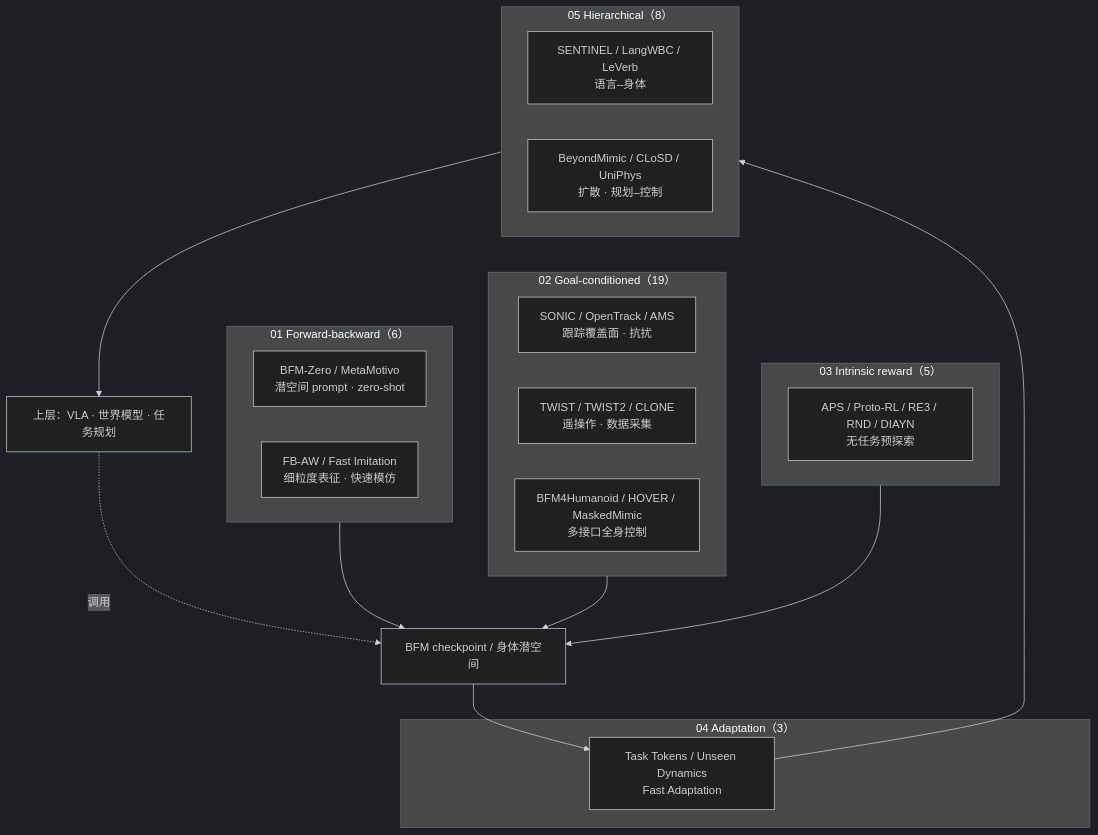
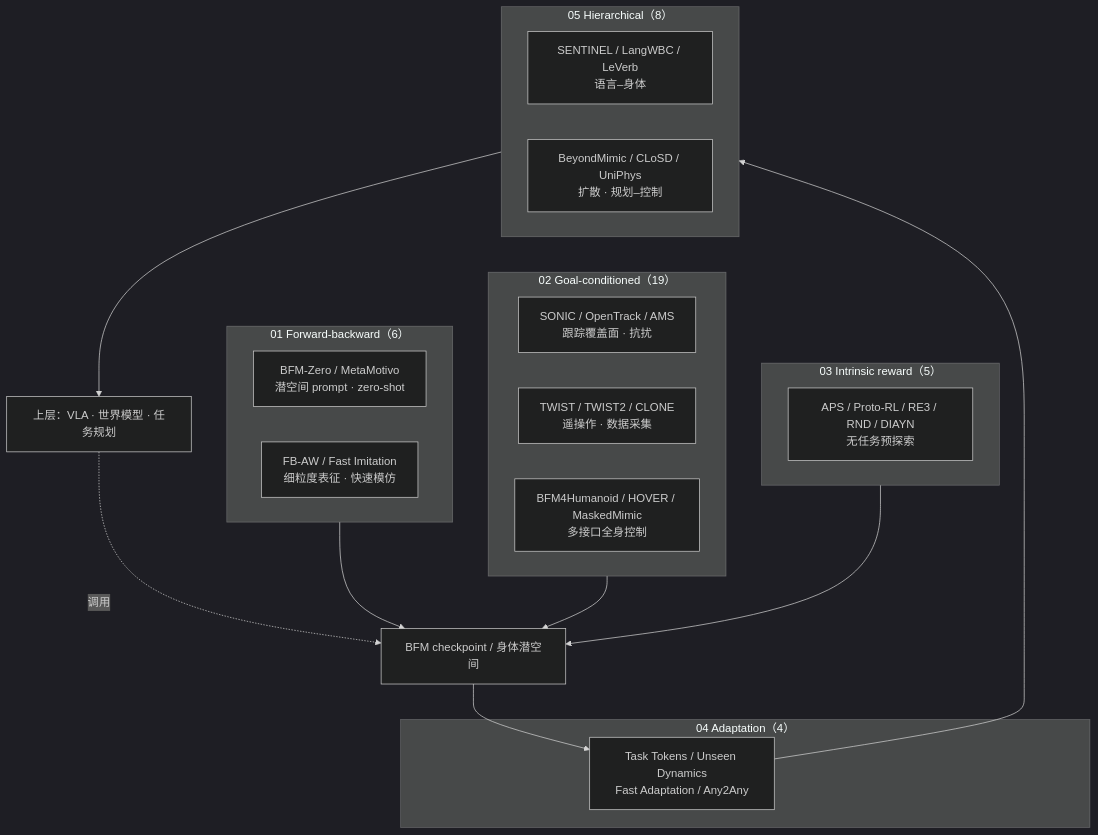
One commit to ImChong/Robotics_Notebooks changed the diagram in wiki/overview/bfm-41-papers-technology-map.md. Above: the diagram before and after it, drawn with Mermaid (dark theme). The commit also changed other lines of this file and 23 other files, not shown here.

````diff
--- a/wiki/overview/bfm-41-papers-technology-map.md
+++ b/wiki/overview/bfm-41-papers-technology-map.md
@@ -60,35 +62,35 @@
 ```mermaid
 flowchart TB
   subgraph G1["01 Forward-backward（6）"]
     FBZ["BFM-Zero / MetaMotivo\n潜空间 prompt · zero-shot"]
     FBT["FB-AW / Fast Imitation\n细粒度表征 · 快速模仿"]
   end
   subgraph G2["02 Goal-conditioned（19）"]
     TRK["SONIC / OpenTrack / AMS\n跟踪覆盖面 · 抗扰"]
     DATA["TWIST / TWIST2 / CLONE\n遥操作 · 数据采集"]
     SYS["BFM4Humanoid / HOVER / MaskedMimic\n多接口全身控制"]
   end
   subgraph G3["03 Intrinsic reward（5）"]
     EXP["APS / Proto-RL / RE3 / RND / DIAYN\n无任务预探索"]
   end
-  subgraph G4["04 Adaptation（3）"]
-    ADP["Task Tokens / Unseen Dynamics\nFast Adaptation"]
+  subgraph G4["04 Adaptation（4）"]
+    ADP["Task Tokens / Unseen Dynamics\nFast Adaptation / Any2Any"]
   end
   subgraph G5["05 Hierarchical（8）"]
     LANG["SENTINEL / LangWBC / LeVerb\n语言–身体"]
     GEN["BeyondMimic / CLoSD / UniPhys\n扩散 · 规划–控制"]
   end
   click G1 href "./bfm-category-01-forward-backward-representation.md" "分类 hub"
   click G2 href "./bfm-category-02-goal-conditioned-learning.md" "分类 hub"
   click G3 href "./bfm-category-03-intrinsic-reward-pretraining.md" "分类 hub"
   click G4 href "./bfm-category-04-adaptation.md" "分类 hub"
   click G5 href "./bfm-category-05-hierarchical-control.md" "分类 hub"
   AGI["上层：VLA · 世界模型 · 任务规划"]
   G1 --> BODY["BFM checkpoint / 身体潜空间"]
   G2 --> BODY
   G3 --> BODY
   BODY --> ADP
   ADP --> G5
   G5 --> AGI
   AGI -.->|"调用"| BODY
 ```
````
